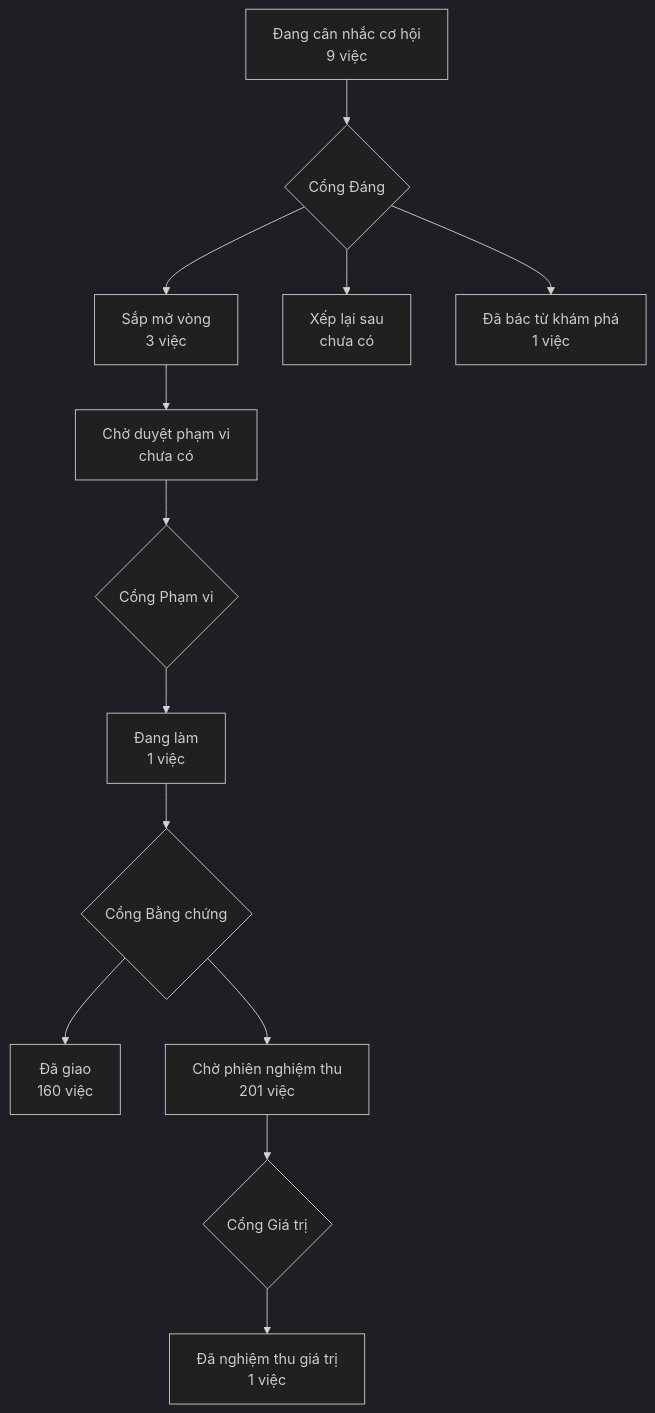
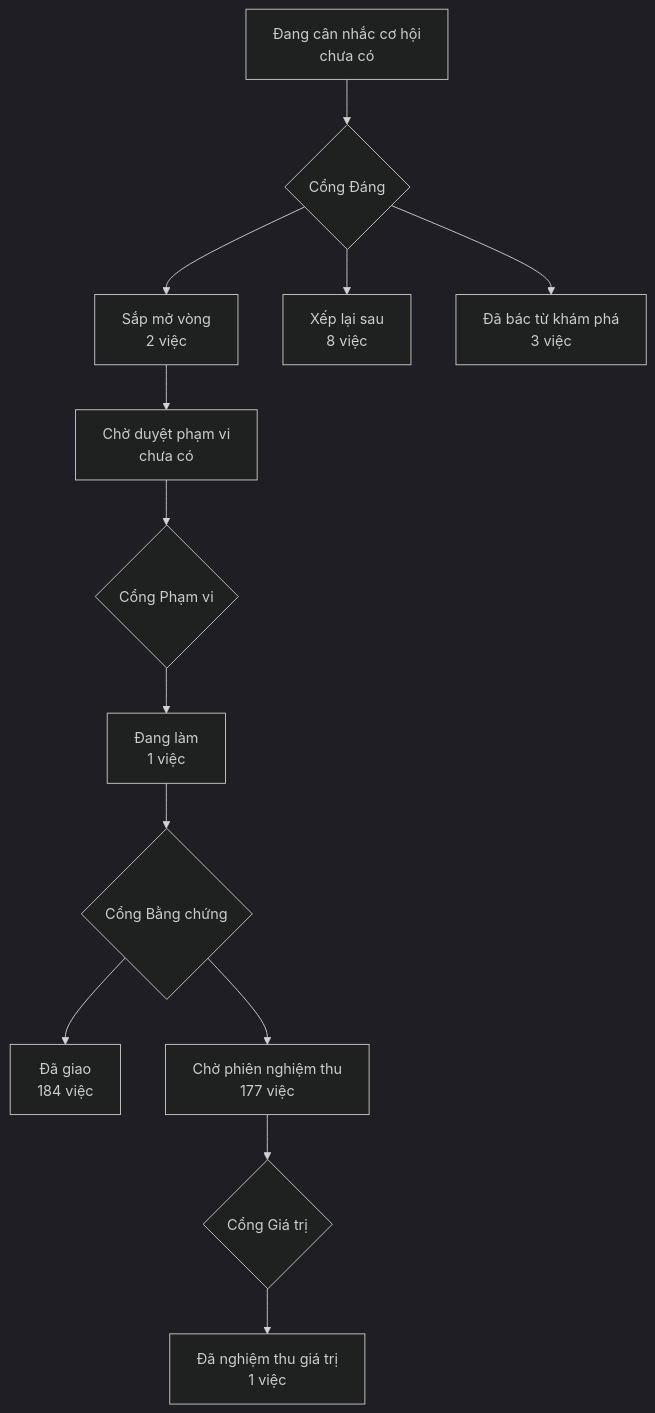
The diagram in PRODUCT-MAP.md (phanlemanh/crm-onehub), drawn with Mermaid (dark theme) before and after one commit. The commit also changed other lines of this file and 1 other file, not shown here.

Commit message:
chore: vẽ lại bản đồ sản phẩm từ bản clone sạch

````diff
--- a/PRODUCT-MAP.md
+++ b/PRODUCT-MAP.md
@@ -7,12 +7,12 @@
 ```mermaid
 flowchart TD
-  A["Đang cân nhắc cơ hội<br/>9 việc"] --> GD{"Cổng Đáng"}
-  GD --> B["Sắp mở vòng<br/>3 việc"]
-  GD --> XL["Xếp lại sau<br/>chưa có"]
-  GD --> DB["Đã bác từ khám phá<br/>1 việc"]
+  A["Đang cân nhắc cơ hội<br/>chưa có"] --> GD{"Cổng Đáng"}
+  GD --> B["Sắp mở vòng<br/>2 việc"]
+  GD --> XL["Xếp lại sau<br/>8 việc"]
+  GD --> DB["Đã bác từ khám phá<br/>3 việc"]
   B --> CD["Chờ duyệt phạm vi<br/>chưa có"] --> GP{"Cổng Phạm vi"}
   GP --> DL["Đang làm<br/>1 việc"] --> GB{"Cổng Bằng chứng"}
-  GB --> DG["Đã giao<br/>160 việc"]
-  GB --> CN["Chờ phiên nghiệm thu<br/>201 việc"] --> GG{"Cổng Giá trị"}
+  GB --> DG["Đã giao<br/>184 việc"]
+  GB --> CN["Chờ phiên nghiệm thu<br/>177 việc"] --> GG{"Cổng Giá trị"}
   GG --> NT["Đã nghiệm thu giá trị<br/>1 việc"]
 ```
````
